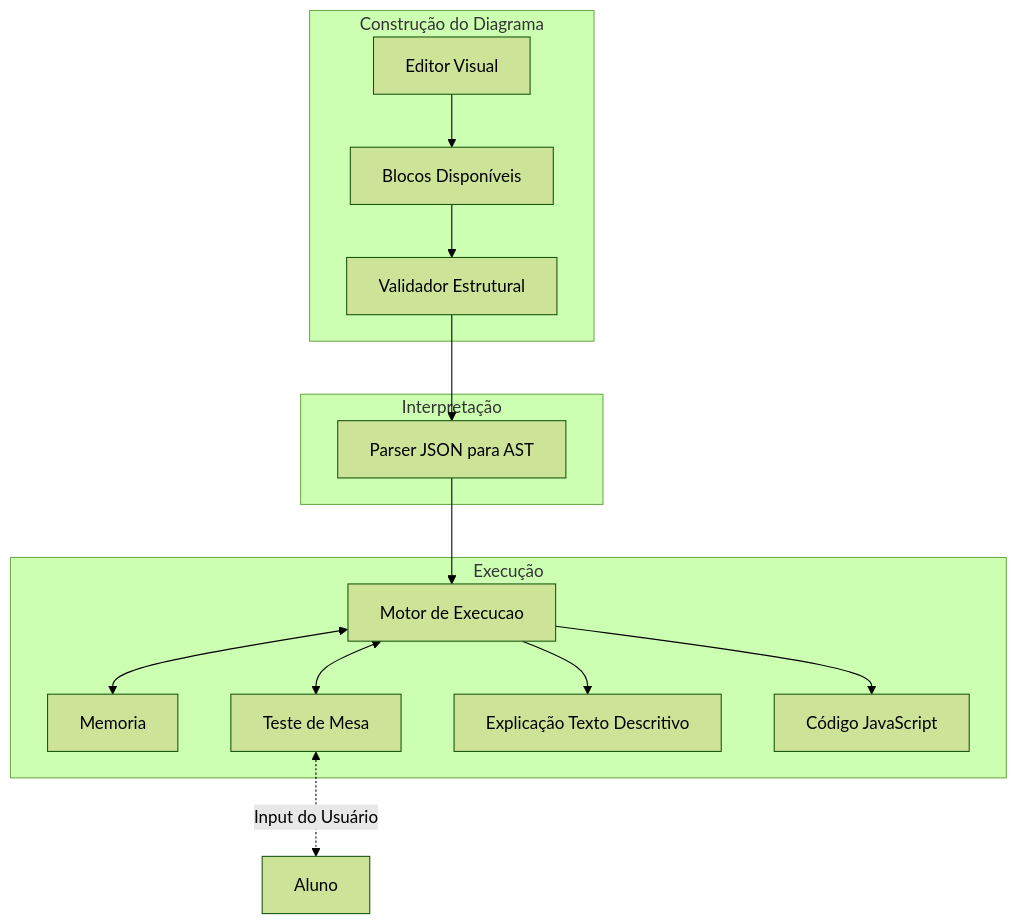
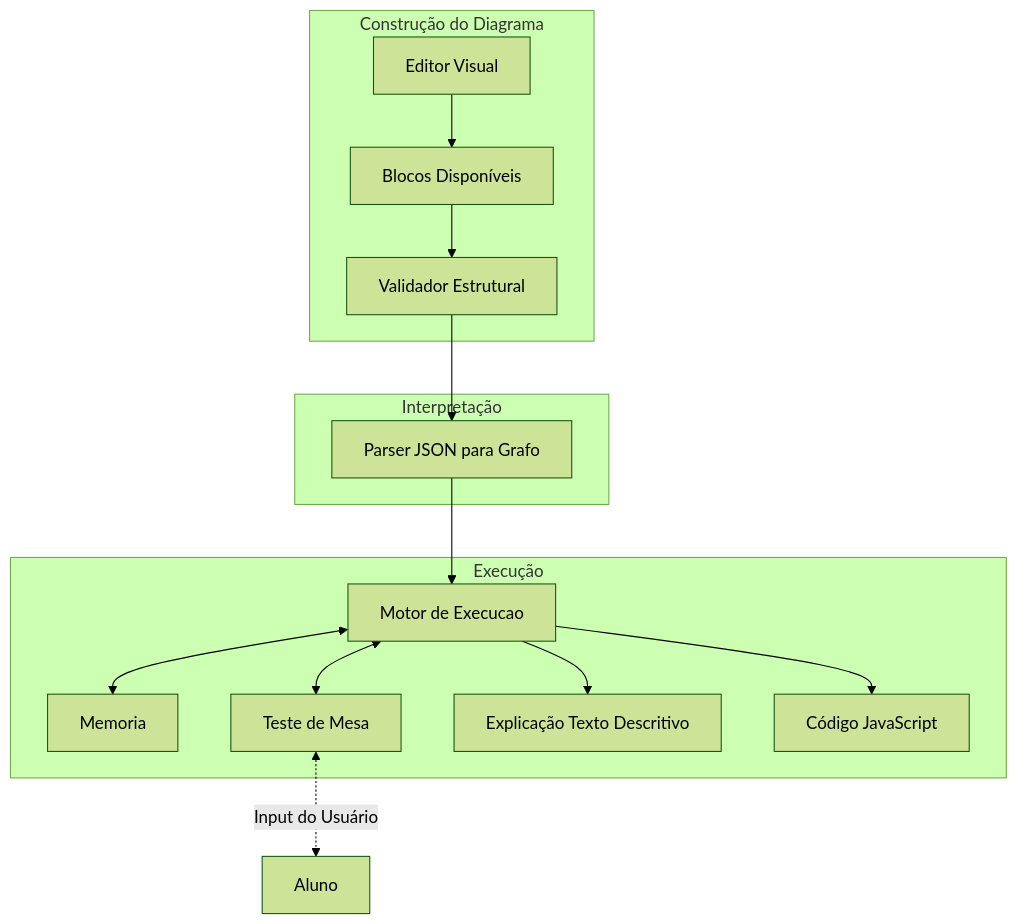
Before and after one commit to si-utfpr-gp/blade: the second of 7 diagrams in docs/ssd.md, drawn with Mermaid (forest theme). The commit also changed other lines of this file and 1 other file, not shown here.

Commit message:
docs(ssd): remove AST from parsing layer, fix checklist

````diff
--- a/docs/ssd.md
+++ b/docs/ssd.md
@@ -155,27 +155,27 @@
 ```mermaid
 graph TB
     subgraph Construção["Construção do Diagrama"]
         B[Editor Visual]
         C[Blocos Disponíveis]
         V[Validador Estrutural]
         B --> C
         C --> V
     end
     subgraph Interpretação["Interpretação"]
-        P[Parser JSON para AST]
+        P[Parser JSON para Grafo]
     end
     subgraph Execução["Execução"]
         M[Motor de Execucao]
         MEM[Memoria]
         TM[Teste de Mesa]
         EXP[Explicação Texto Descritivo]
         CODE[Código JavaScript]
     end
     V --> P
     P --> M
     M <--> MEM
     M <--> TM
     TM <-.->|"Input do Usuário"| A[Aluno]
     M --> EXP
     M --> CODE
 ```
````
